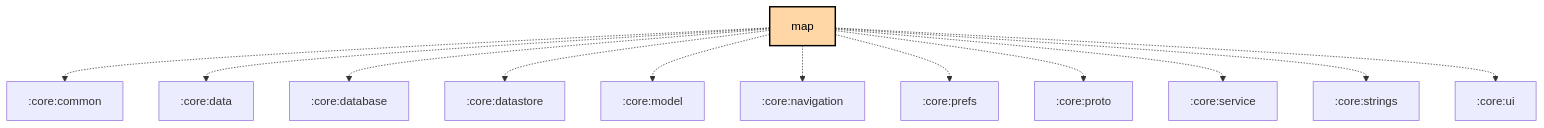
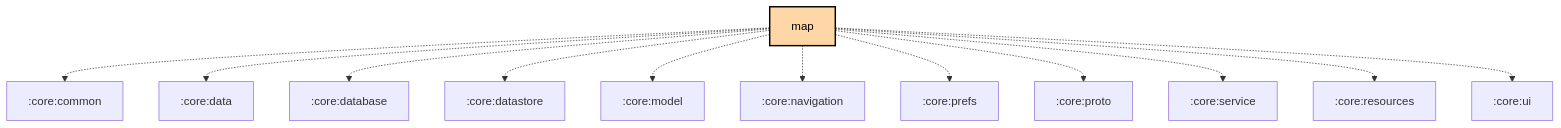
Before and after one commit to meshtastic/Meshtastic-Android: the diagram in feature/map/README.md, drawn with Mermaid. The commit also changed 321 other files, not shown here.

````diff
--- a/feature/map/README.md
+++ b/feature/map/README.md
@@ -27,26 +27,26 @@
 ```mermaid
 graph TB
   :feature:map[map]:::android-feature
   :feature:map -.-> :core:common
   :feature:map -.-> :core:data
   :feature:map -.-> :core:database
   :feature:map -.-> :core:datastore
   :feature:map -.-> :core:model
   :feature:map -.-> :core:navigation
   :feature:map -.-> :core:prefs
   :feature:map -.-> :core:proto
   :feature:map -.-> :core:service
-  :feature:map -.-> :core:strings
+  :feature:map -.-> :core:resources
   :feature:map -.-> :core:ui
 
 classDef android-application fill:#CAFFBF,stroke:#000,stroke-width:2px,color:#000;
 classDef android-application-compose fill:#CAFFBF,stroke:#000,stroke-width:2px,color:#000;
 classDef android-feature fill:#FFD6A5,stroke:#000,stroke-width:2px,color:#000;
 classDef android-library fill:#9BF6FF,stroke:#000,stroke-width:2px,color:#000;
 classDef android-library-compose fill:#9BF6FF,stroke:#000,stroke-width:2px,color:#000;
 classDef android-test fill:#A0C4FF,stroke:#000,stroke-width:2px,color:#000;
 classDef jvm-library fill:#BDB2FF,stroke:#000,stroke-width:2px,color:#000;
 classDef kmp-library fill:#FFC1CC,stroke:#000,stroke-width:2px,color:#000;
 classDef unknown fill:#FFADAD,stroke:#000,stroke-width:2px,color:#000;
 
 ```
````
